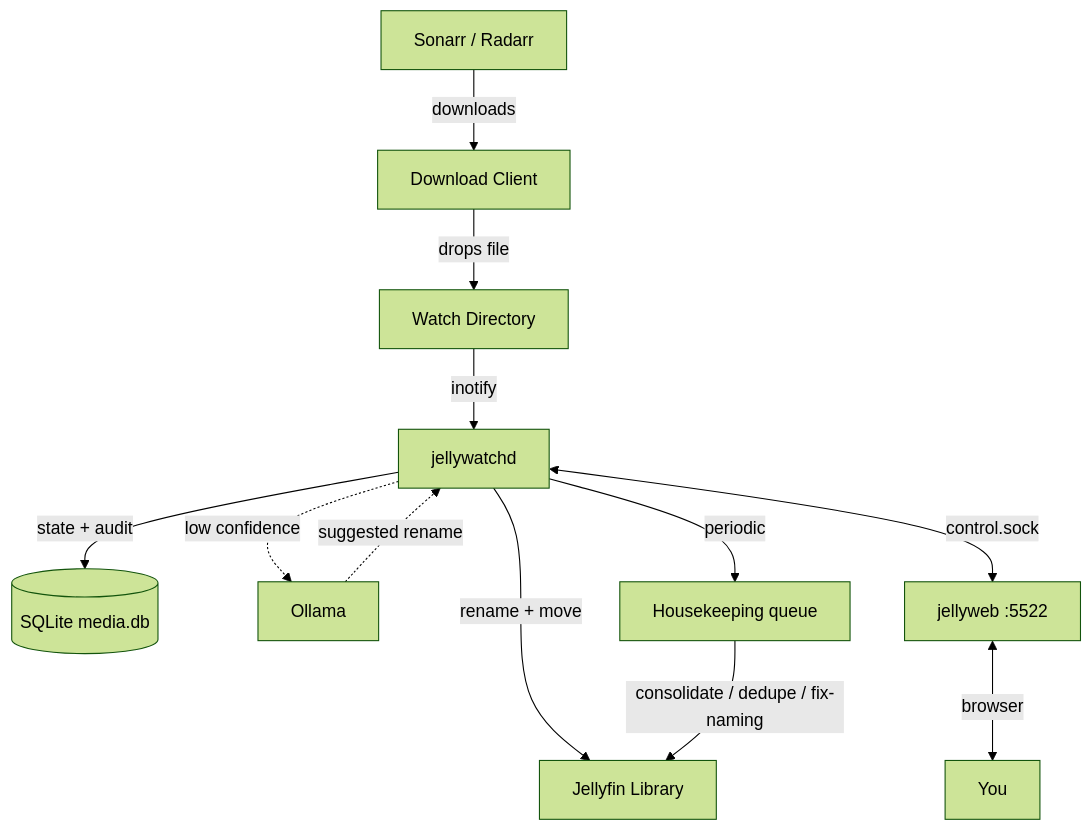
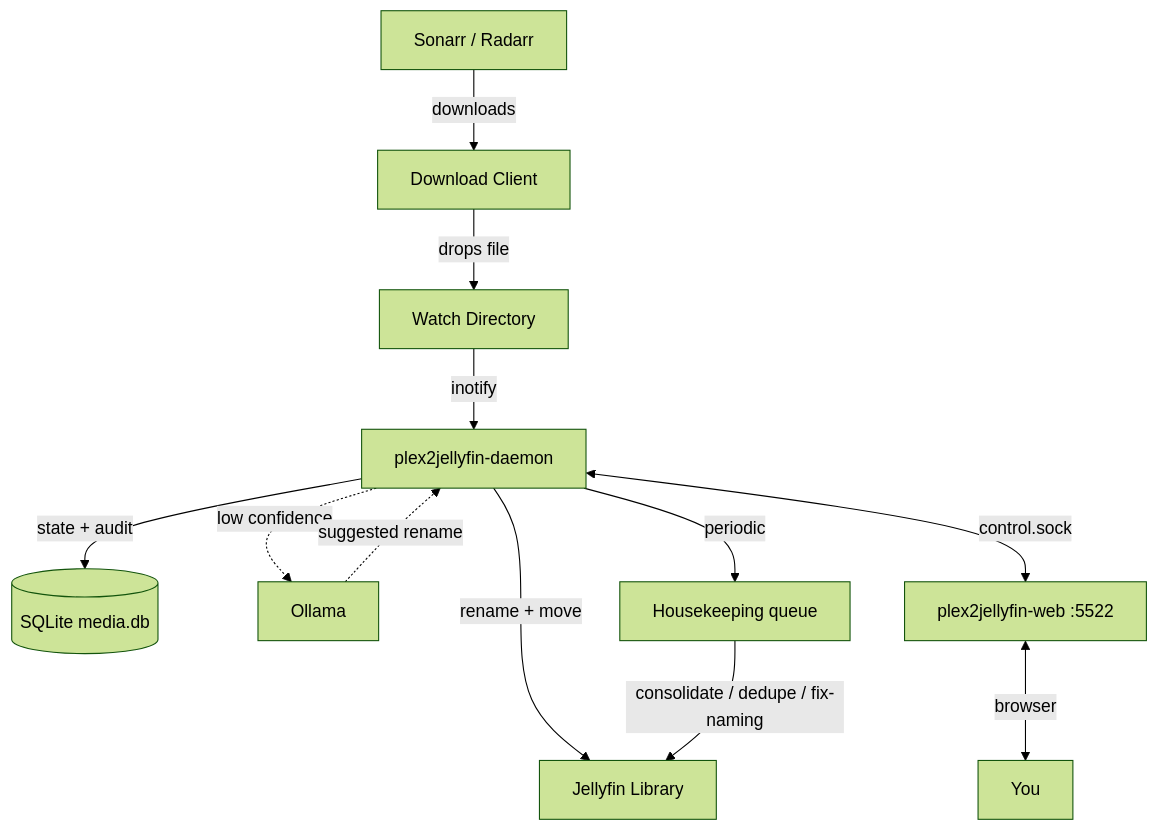
One commit to Nomadcxx/plex2jellyfin changed the diagram in README.md. Above: the diagram before and after it, drawn with Mermaid (forest theme). The commit also changed other lines of this file and 427 other files, not shown here.

First line of the commit message:
rebrand: JellyWatch -> Plex2Jellyfin (mechanical rename)

````diff
--- a/README.md
+++ b/README.md
@@ -37,14 +37,14 @@
 ```mermaid
 flowchart TB
     A[Sonarr / Radarr] -->|downloads| B[Download Client]
     B -->|drops file| C[Watch Directory]
-    C -->|inotify| D[jellywatchd]
+    C -->|inotify| D[plex2jellyfin-daemon]
     D -->|rename + move| E[Jellyfin Library]
     D -->|state + audit| DB[(SQLite media.db)]
     D -.->|low confidence| O[Ollama]
     O -.->|suggested rename| D
-    D <-->|control.sock| W[jellyweb :5522]
+    D <-->|control.sock| W[plex2jellyfin-web :5522]
     W <-->|browser| U[You]
     D -->|periodic| H[Housekeeping queue]
     H -->|consolidate / dedupe / fix-naming| E
 ```
````
